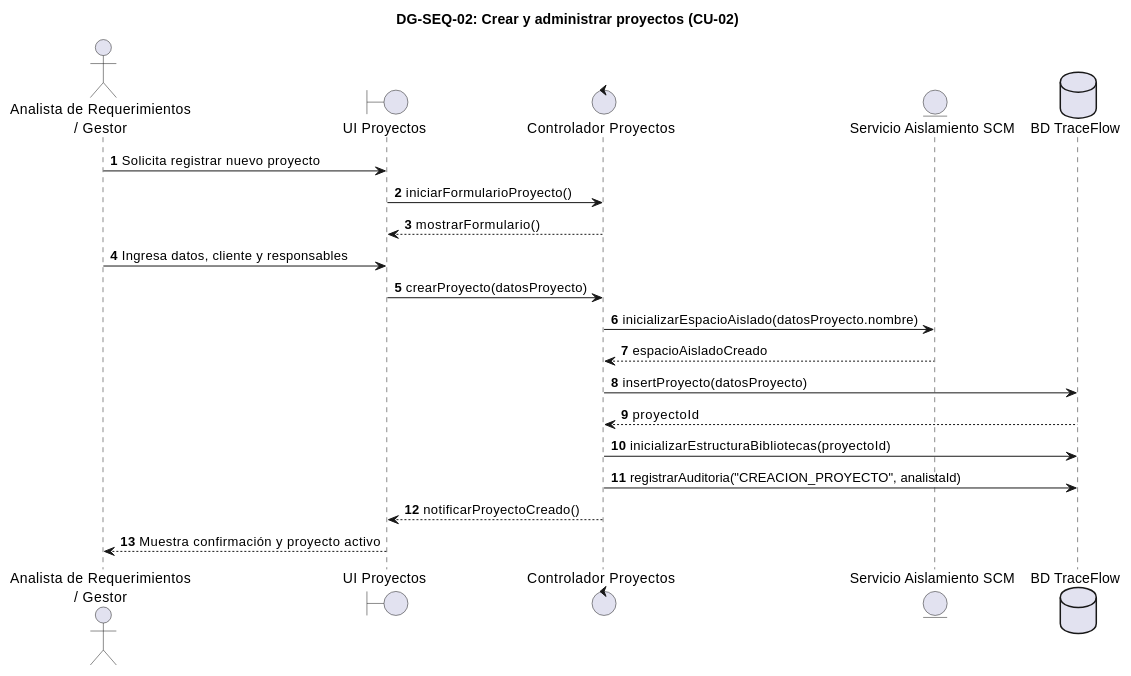
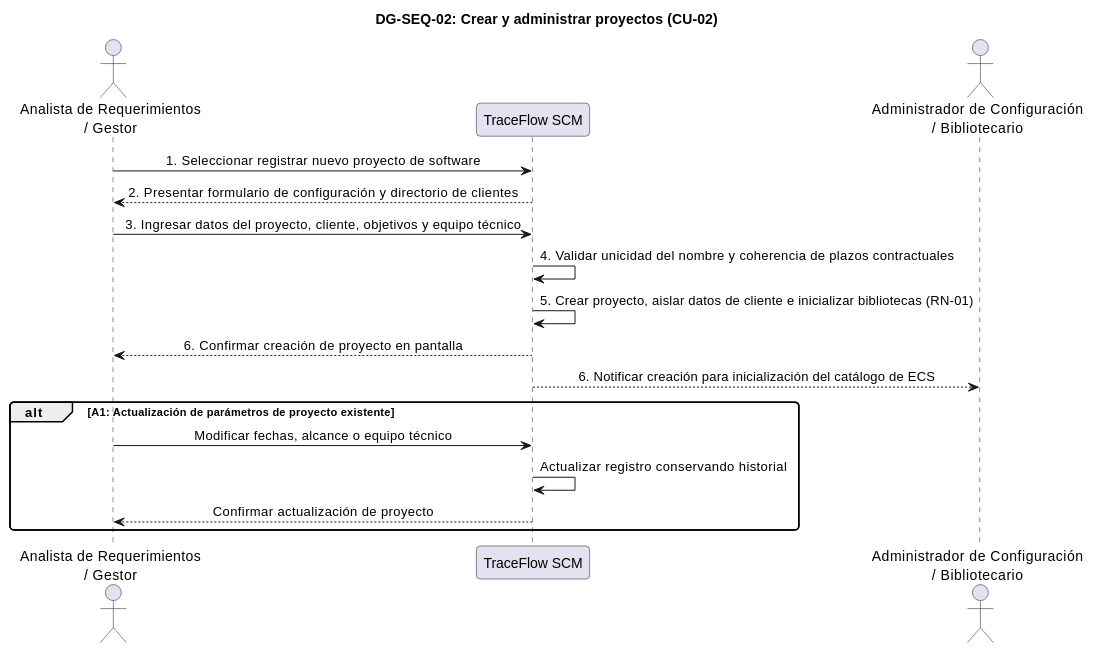
One commit to JMedina255/TraceFlow changed diagram 14 of 44 in FD03-EPIS-Informe_SRS.md. Above: the diagram before and after it, drawn with PlantUML. The commit also changed other lines of this file and 2 other files, not shown here.

First line of the commit message:
docs(diagrams): refactorizar diagramas de secuencia DG-SEQ-01 a DG-SEQ-30 a nivel de analisis 1:1

````diff
--- a/FD03-EPIS-Informe_SRS.md
+++ b/FD03-EPIS-Informe_SRS.md
@@ -4147,31 +4154,29 @@
 ```plantuml
-@startuml
+@startuml DG-SEQ-02
 skinparam shadowing false
 skinparam roundcorner 8
 skinparam defaultFontName Arial
-autonumber
+skinparam sequenceMessageAlign center
 
 title <b>DG-SEQ-02: Crear y administrar proyectos (CU-02)</b>
 
-actor "Analista de Requerimientos\n/ Gestor" as ACT
-boundary "UI Proyectos" as UI
-control "Controlador Proyectos" as CTRL
-entity "Servicio Aislamiento SCM" as SRV
-database "BD TraceFlow" as DB
+actor "Analista de Requerimientos\n/ Gestor" as Analista
+participant "TraceFlow SCM" as Sistema
+actor "Administrador de Configuración\n/ Bibliotecario" as Admin
 
-ACT -> UI : Solicita registrar nuevo proyecto
-UI -> CTRL : iniciarFormularioProyecto()
-CTRL --> UI : mostrarFormulario()
+Analista -> Sistema: 1. Seleccionar registrar nuevo proyecto de software
+Sistema --> Analista: 2. Presentar formulario de configuración y directorio de clientes
+Analista -> Sistema: 3. Ingresar datos del proyecto, cliente, objetivos y equipo técnico
+Sistema -> Sistema: 4. Validar unicidad del nombre y coherencia de plazos contractuales
+Sistema -> Sistema: 5. Crear proyecto, aislar datos de cliente e inicializar bibliotecas (RN-01)
+Sistema --> Analista: 6. Confirmar creación de proyecto en pantalla
+Sistema --> Admin: 6. Notificar creación para inicialización del catálogo de ECS
 
-ACT -> UI : Ingresa datos, cliente y responsables
-UI -> CTRL : crearProyecto(datosProyecto)
-CTRL -> SRV : inicializarEspacioAislado(datosProyecto.nombre)
-SRV --> CTRL : espacioAisladoCreado
-CTRL -> DB : insertProyecto(datosProyecto)
-DB --> CTRL : proyectoId
-CTRL -> DB : inicializarEstructuraBibliotecas(proyectoId)
-CTRL -> DB : registrarAuditoria("CREACION_PROYECTO", analistaId)
-CTRL --> UI : notificarProyectoCreado()
-UI --> ACT : Muestra confirmación y proyecto activo
+alt A1: Actualización de parámetros de proyecto existente
+  Analista -> Sistema: Modificar fechas, alcance o equipo técnico
+  Sistema -> Sistema: Actualizar registro conservando historial
+  Sistema --> Analista: Confirmar actualización de proyecto
+end
+
 @enduml
 ```
````
